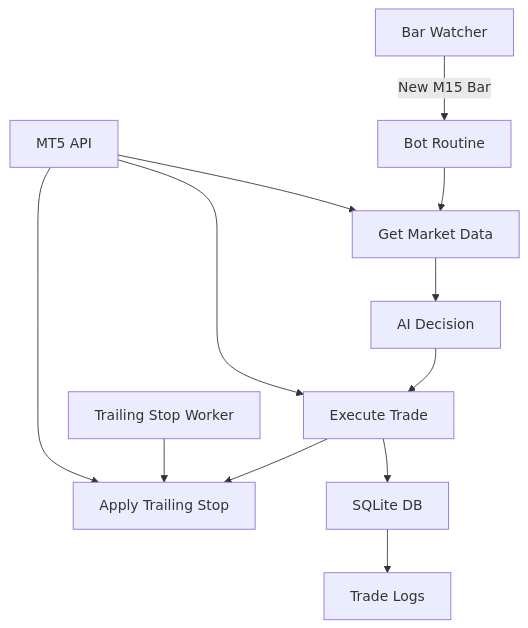
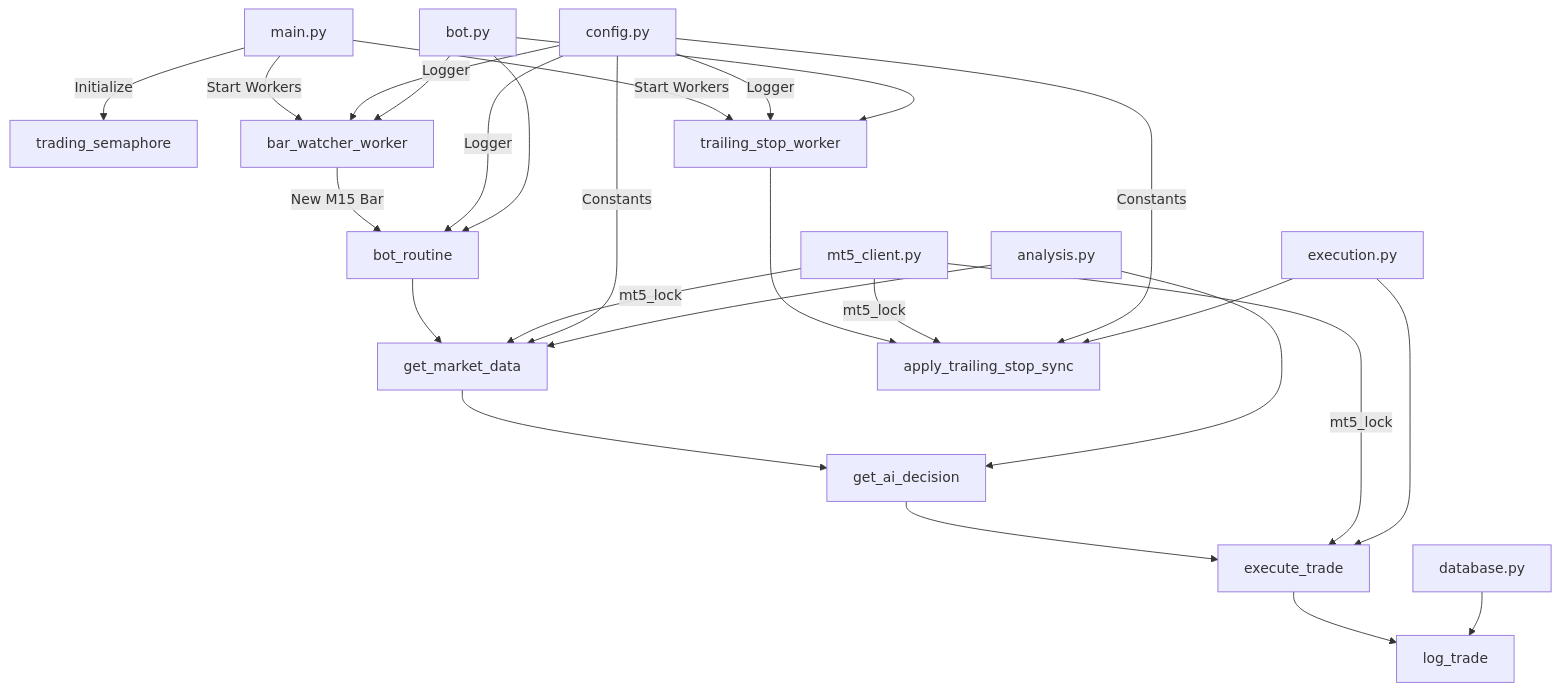
The diagram in README.md (Ezra31448/merQuery-trading-bot), drawn with Mermaid before and after one commit. The commit also changed other lines of this file and 9 other files, not shown here.

````diff
--- a/README.md
+++ b/README.md
@@ -110,14 +124,28 @@
 ```mermaid
 graph TB
-    A[Bar Watcher] -->|New M15 Bar| B[Bot Routine]
-    B --> C[Get Market Data]
-    C --> D[AI Decision]
-    D --> E[Execute Trade]
-    E --> F[Apply Trailing Stop]
-    G[Trailing Stop Worker] --> F
-    H[MT5 API] --> C
-    H --> E
-    H --> F
-    I[SQLite DB] --> J[Trade Logs]
-    E --> I
+    A[main.py] -->|Initialize| B[trading_semaphore]
+    A -->|Start Workers| C[bar_watcher_worker]
+    A -->|Start Workers| D[trailing_stop_worker]
+    C -->|New M15 Bar| E[bot_routine]
+    E --> F[get_market_data]
+    F --> G[get_ai_decision]
+    G --> H[execute_trade]
+    H --> I[log_trade]
+    D --> J[apply_trailing_stop_sync]
+    K[mt5_client.py] -->|mt5_lock| F
+    K -->|mt5_lock| H
+    K -->|mt5_lock| J
+    L[database.py] --> I
+    M[config.py] -->|Constants| F
+    M -->|Constants| J
+    M -->|Logger| E
+    M -->|Logger| C
+    M -->|Logger| D
+    N[analysis.py] --> F
+    N --> G
+    O[execution.py] --> H
+    O --> J
+    P[bot.py] --> E
+    P --> C
+    P --> D
 ```
````
